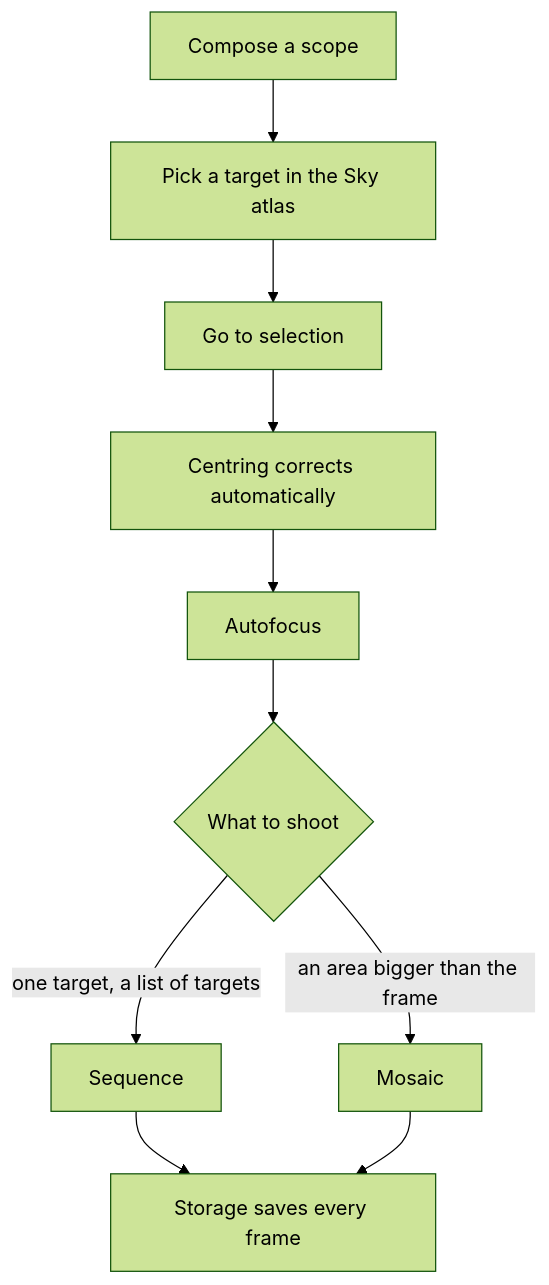
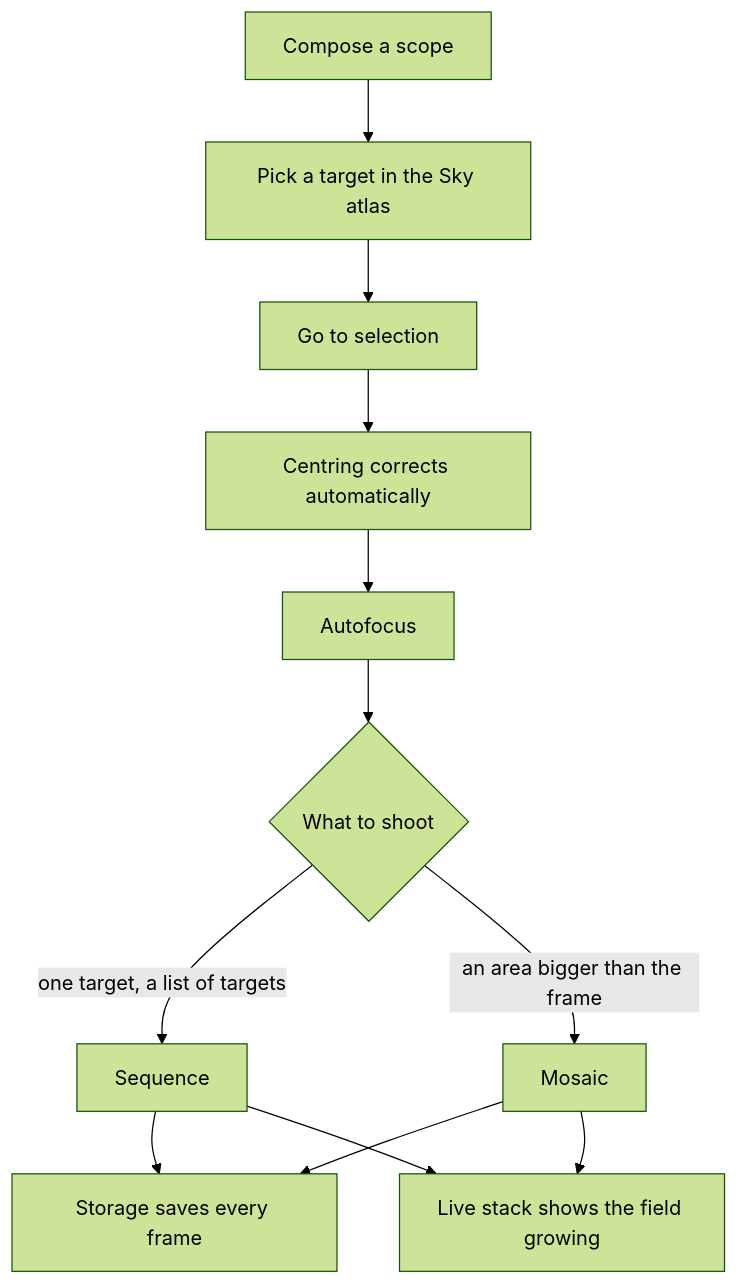
The third of 4 diagrams in docs/user-guide.md (UltraGeekDEV/ELink-Astro), drawn with Mermaid (forest theme) before and after one commit. The commit also changed other lines of this file and 22 other files, not shown here.

Commit message:
Live stacking into a fixed virtual field at any pixel scale: TAN WCS (full solve-field solution), exact homography resampling, bicubic upscaling, binned + supersampled area-averaged downscaling, sky-level matching, float FITS + WCS out; service, Live stack tab, docs

````diff
--- a/docs/user-guide.md
+++ b/docs/user-guide.md
@@ -79,12 +79,14 @@
 ```mermaid
 flowchart TD
     A[Compose a scope] --> B[Pick a target in the Sky atlas]
     B --> C[Go to selection]
     C --> D[Centring corrects automatically]
     D --> E[Autofocus]
     E --> F{What to shoot}
     F -->|one target, a list of targets| G[Sequence]
     F -->|an area bigger than the frame| H[Mosaic]
     G --> I[Storage saves every frame]
     H --> I
+    H --> L[Live stack shows the field growing]
+    G --> L
 ```
````
